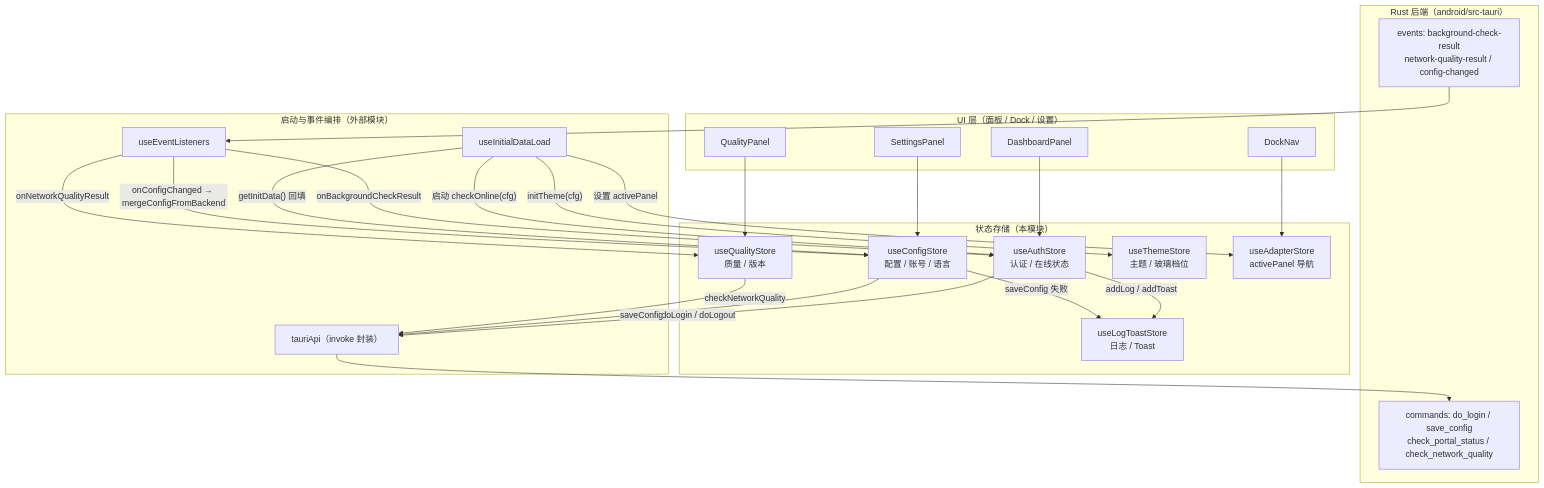
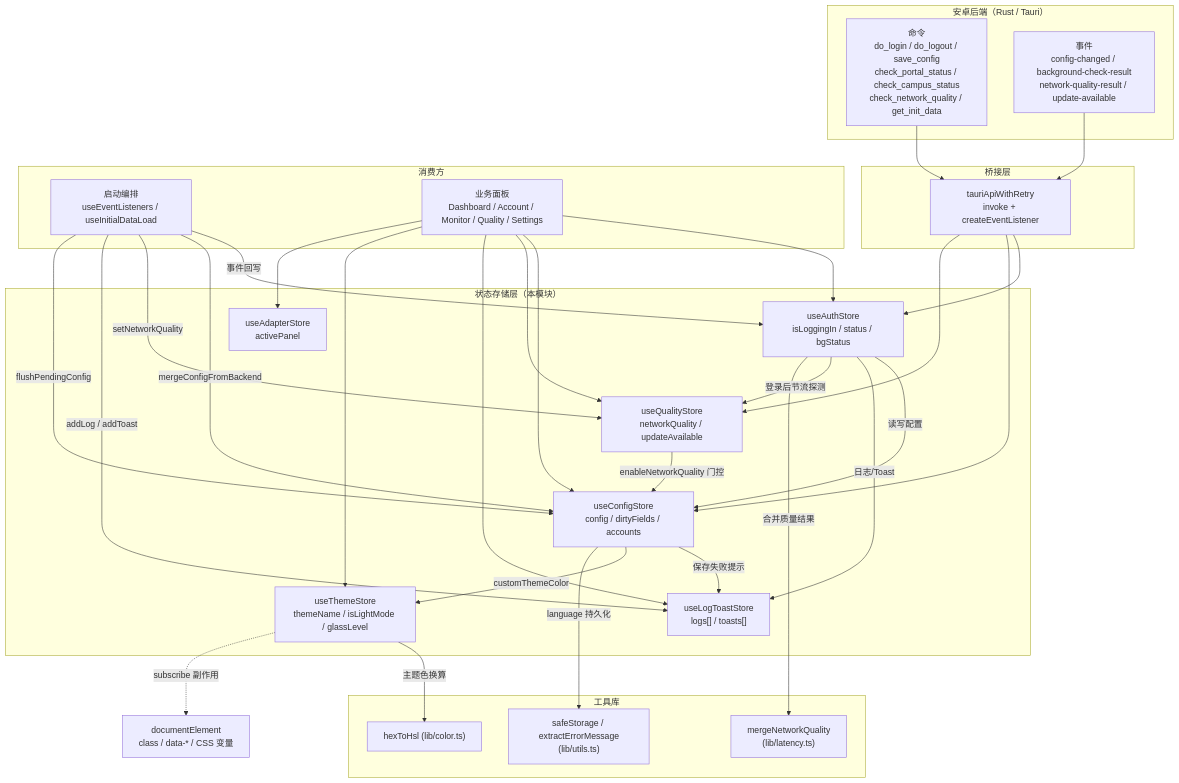
Before and after one commit to ikliml666/Wxxy-CampusLogin: the first of 17 diagrams in .codewiki/modules/android-frontend-hooks-state-stores.md, drawn with Mermaid. The commit also changed other lines of this file and 3 other files, not shown here.

````diff
--- a/.codewiki/modules/android-frontend-hooks-state-stores.md
+++ b/.codewiki/modules/android-frontend-hooks-state-stores.md
@@ -40,52 +38,62 @@
 ```mermaid
 flowchart TB
-    subgraph UI["UI 层（面板 / Dock / 设置）"]
-        P1["DashboardPanel"]
-        P2["SettingsPanel"]
-        P3["QualityPanel"]
-        P4["DockNav"]
+    subgraph BE["安卓后端（Rust / Tauri）"]
+        CMD["命令<br/>do_login / do_logout / save_config<br/>check_portal_status / check_campus_status<br/>check_network_quality / get_init_data"]
+        EVT["事件<br/>config-changed / background-check-result<br/>network-quality-result / update-available"]
     end
 
-    subgraph Stores["状态存储（本模块）"]
-        AS["useAuthStore<br/>认证 / 在线状态"]
-        CS["useConfigStore<br/>配置 / 账号 / 语言"]
-        QS["useQualityStore<br/>质量 / 版本"]
-        LS["useLogToastStore<br/>日志 / Toast"]
-        TS["useThemeStore<br/>主题 / 玻璃档位"]
-        ADS["useAdapterStore<br/>activePanel 导航"]
+    subgraph API["桥接层"]
+        TA["tauriApiWithRetry<br/>invoke + createEventListener"]
     end
 
-    subgraph Bootstrap["启动与事件编排（外部模块）"]
-        IDL["useInitialDataLoad"]
-        EL["useEventListeners"]
-        API["tauriApi（invoke 封装）"]
+    subgraph STORES["状态存储层（本模块）"]
+        AUTH["useAuthStore<br/>isLoggingIn / status / bgStatus"]
+        CFG["useConfigStore<br/>config / dirtyFields / accounts"]
+        QUA["useQualityStore<br/>networkQuality / updateAvailable"]
+        LOG["useLogToastStore<br/>logs[] / toasts[]"]
+        THM["useThemeStore<br/>themeName / isLightMode / glassLevel"]
+        NAV["useAdapterStore<br/>activePanel"]
     end
 
-    subgraph Backend["Rust 后端（android/src-tauri）"]
-        CMD["commands: do_login / save_config<br/>check_portal_status / check_network_quality"]
-        EVT["events: background-check-result<br/>network-quality-result / config-changed"]
+    subgraph LIB["工具库"]
+        LAT["mergeNetworkQuality<br/>(lib/latency.ts)"]
+        UTIL["safeStorage / extractErrorMessage<br/>(lib/utils.ts)"]
+        CLR["hexToHsl (lib/color.ts)"]
     end
 
-    P1 --> AS
-    P2 --> CS
-    P3 --> QS
-    P4 --> ADS
+    subgraph CONSUMER["消费方"]
+        BOOT["启动编排<br/>useEventListeners / useInitialDataLoad"]
+        PANELS["业务面板<br/>Dashboard / Account / Monitor / Quality / Settings"]
+    end
 
-    IDL -->|"getInitData() 回填"| CS
-    IDL -->|"initTheme(cfg)"| TS
-    IDL -->|"设置 activePanel"| ADS
-    IDL -->|"启动 checkOnline(cfg)"| AS
+    CMD --> TA
+    EVT --> TA
+    TA --> AUTH
+    TA --> CFG
+    TA --> QUA
 
-    EL -->|"onBackgroundCheckResult"| AS
-    EL -->|"onNetworkQualityResult"| QS
-    EL -->|"onConfigChanged → mergeConfigFromBackend"| CS
+    BOOT -->|"事件回写"| AUTH
+    BOOT -->|"mergeConfigFromBackend"| CFG
+    BOOT -->|"setNetworkQuality"| QUA
+    BOOT -->|"addLog / addToast"| LOG
+    BOOT -->|"flushPendingConfig"| CFG
 
-    AS -->|"doLogin / doLogout"| API
-    CS -->|"saveConfig"| API
-    QS -->|"checkNetworkQuality"| API
-    AS -->|"addLog / addToast"| LS
-    CS -->|"saveConfig 失败"| LS
+    PANELS --> AUTH
+    PANELS --> CFG
+    PANELS --> QUA
+    PANELS --> LOG
+    PANELS --> THM
+    PANELS --> NAV
 
-    API --> CMD
-    EVT --> EL
+    AUTH -->|"读写配置"| CFG
+    AUTH -->|"日志/Toast"| LOG
+    AUTH -->|"登录后节流探测"| QUA
+    AUTH -->|"合并质量结果"| LAT
+    CFG -->|"保存失败提示"| LOG
+    CFG -->|"customThemeColor"| THM
+    CFG -->|"language 持久化"| UTIL
+    QUA -->|"enableNetworkQuality 门控"| CFG
+    THM -->|"主题色换算"| CLR
+
+    THM -.->|"subscribe 副作用"| DOM["documentElement<br/>class / data-* / CSS 变量"]
 ```
````
